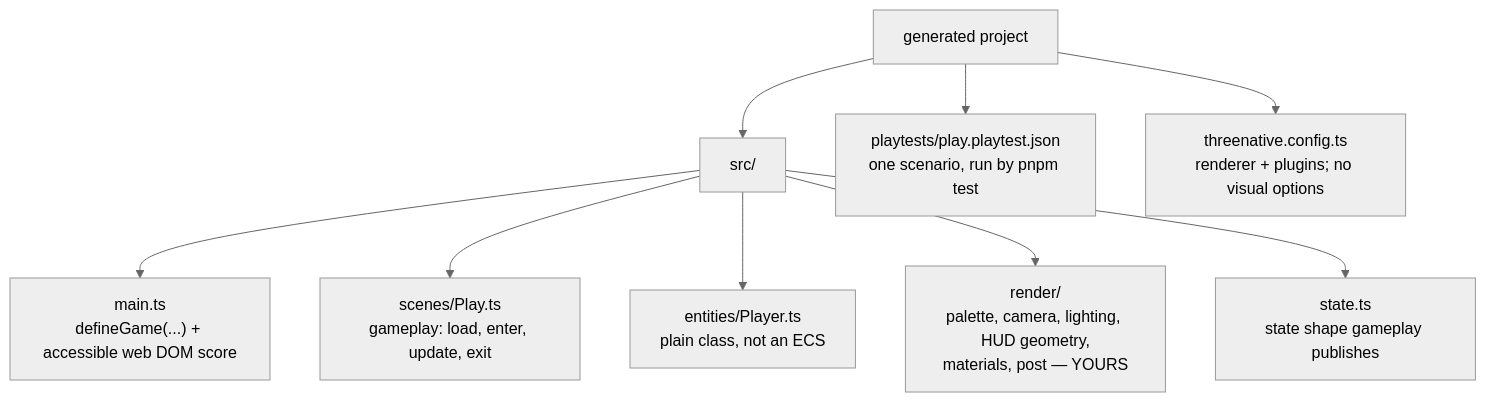
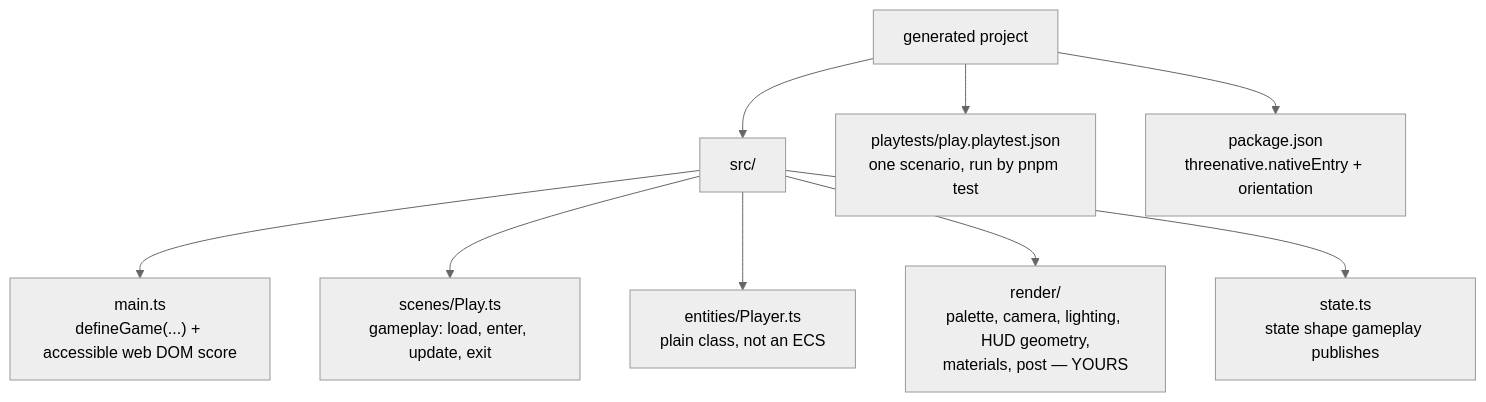
Before and after one commit to ThreeNativeHQ/threenative: the diagram in packages/create-threenative/templates/minimal/AGENTS.md, drawn with Mermaid (neutral theme). The commit also changed 20 other files, not shown here.

First line of the commit message:
feat(native): game-declared orientation (#4)

````diff
--- a/packages/create-threenative/templates/minimal/AGENTS.md
+++ b/packages/create-threenative/templates/minimal/AGENTS.md
@@ -48,21 +48,21 @@
 ```mermaid
 flowchart TD
     project["generated project"]
     src["src/"]
     main["main.ts<br/>defineGame(...) + accessible web DOM score"]
     play["scenes/Play.ts<br/>gameplay: load, enter, update, exit"]
     player["entities/Player.ts<br/>plain class, not an ECS"]
     render["render/<br/>palette, camera, lighting, HUD geometry,<br/>materials, post — YOURS"]
     state["state.ts<br/>state shape gameplay publishes"]
     playtest["playtests/play.playtest.json<br/>one scenario, run by pnpm test"]
-    config["threenative.config.ts<br/>renderer + plugins; no visual options"]
+    package["package.json<br/>threenative.nativeEntry + orientation"]
 
     project --> src
     src --> main
     src --> play
     src --> player
     src --> render
     src --> state
     project --> playtest
-    project --> config
+    project --> package
 ```
````
